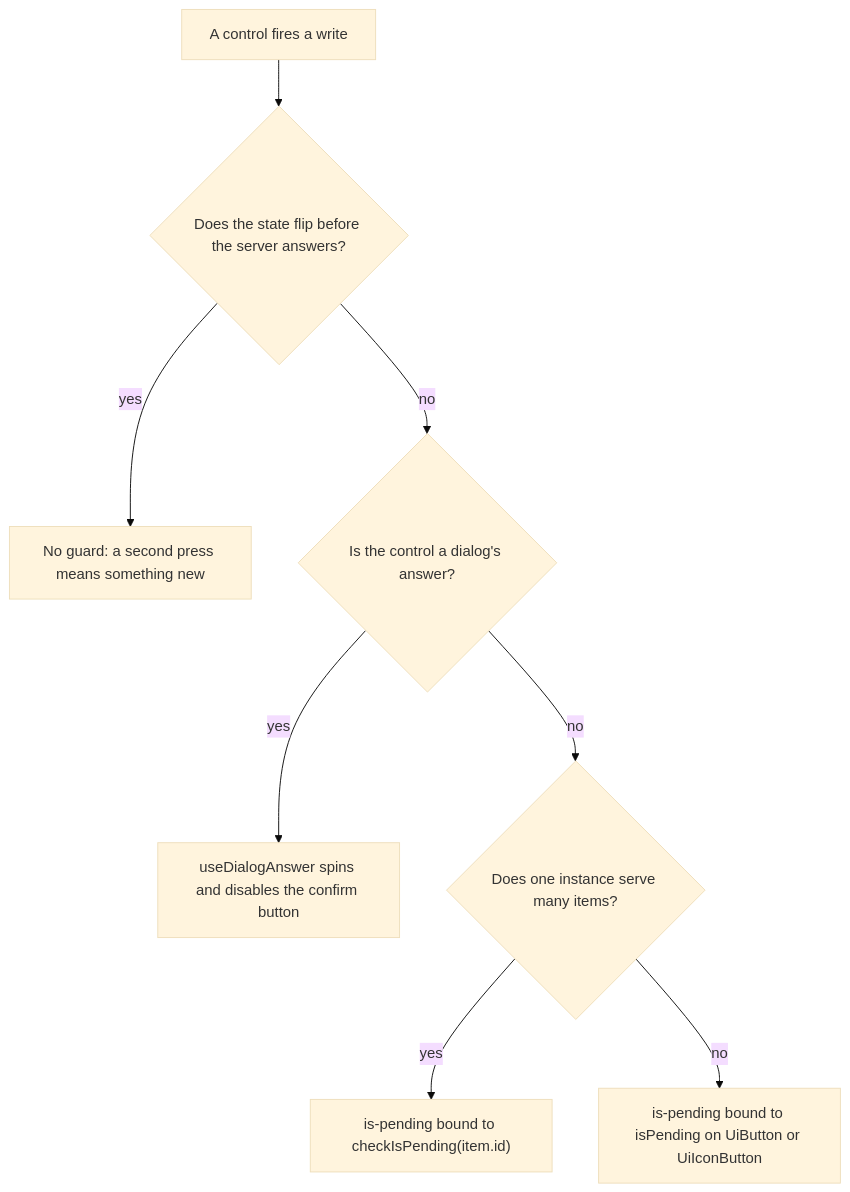
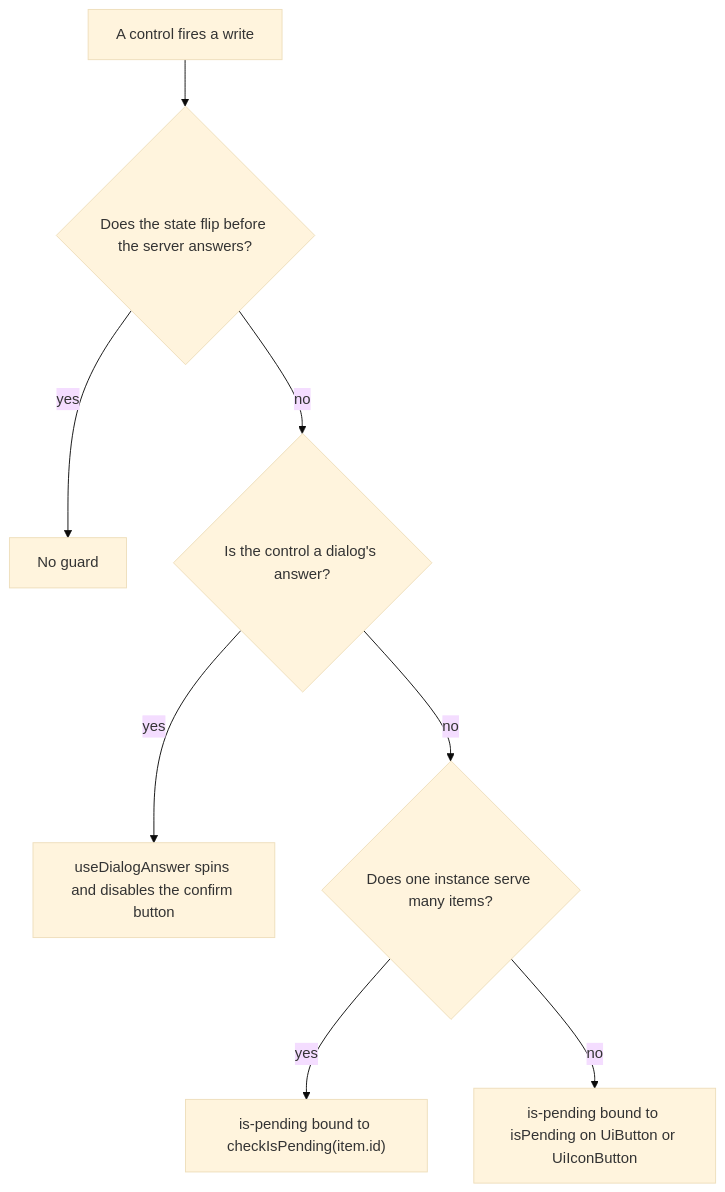
The second of 2 diagrams in openspec/specs/architecture/client-data/design.md (Esposter/Esposter), drawn with Mermaid (base theme) before and after one commit. The commit also changed other lines of this file and 7 other files, not shown here.

````diff
--- a/openspec/specs/architecture/client-data/design.md
+++ b/openspec/specs/architecture/client-data/design.md
@@ -97,10 +97,10 @@
 ```mermaid
 flowchart TD
   write[A control fires a write] --> optimistic{Does the state flip before the server answers?}
-  optimistic -->|yes| none[No guard: a second press means something new]
+  optimistic -->|yes| none[No guard]
   optimistic -->|no| dialog{Is the control a dialog's answer?}
   dialog -->|yes| answer[useDialogAnswer spins and disables the confirm button]
   dialog -->|no| item{Does one instance serve many items?}
   item -->|yes| key["is-pending bound to checkIsPending(item.id)"]
   item -->|no| button["is-pending bound to isPending on UiButton or UiIconButton"]
 ```
````
